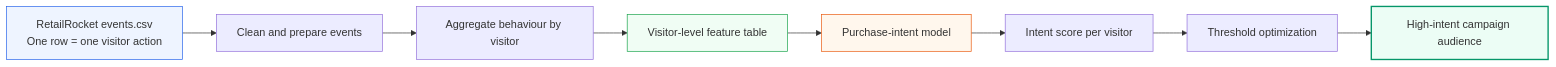
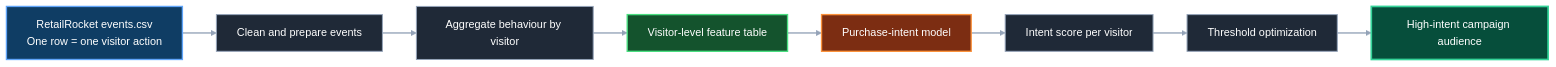
The first of 6 diagrams in README.md (RuturajM31/E-Commerce-Conversion-Intelligence-Platform), drawn with Mermaid before and after one commit. The commit also changed other lines of this file, not shown here.

````diff
--- a/README.md
+++ b/README.md
@@ -183,15 +185,25 @@
 ```mermaid
+%%{init: {"theme": "base", "themeVariables": {"background": "#0D1117", "primaryTextColor": "#FFFFFF", "lineColor": "#94A3B8", "fontFamily": "Arial"}}}%%
 flowchart LR
-    A[RetailRocket events.csv<br/>One row = one visitor action] --> B[Clean and prepare events]
-    B --> C[Aggregate behaviour by visitor]
-    C --> D[Visitor-level feature table]
-    D --> E[Purchase-intent model]
-    E --> F[Intent score per visitor]
-    F --> G[Threshold optimization]
-    G --> H[High-intent campaign audience]
+    A["RetailRocket events.csv<br/>One row = one visitor action"] --> B["Clean and prepare events"]
+    B --> C["Aggregate behaviour by visitor"]
+    C --> D["Visitor-level feature table"]
+    D --> E["Purchase-intent model"]
+    E --> F["Intent score per visitor"]
+    F --> G["Threshold optimization"]
+    G --> H["High-intent campaign audience"]
 
-    style A fill:#eef4ff,stroke:#2563eb,stroke-width:1px
-    style D fill:#f0fdf4,stroke:#16a34a,stroke-width:1px
-    style E fill:#fff7ed,stroke:#ea580c,stroke-width:1px
-    style H fill:#ecfdf5,stroke:#059669,stroke-width:2px
+    classDef source fill:#0F3D64,stroke:#60A5FA,color:#FFFFFF,stroke-width:2px;
+    classDef process fill:#1F2937,stroke:#94A3B8,color:#FFFFFF,stroke-width:1.5px;
+    classDef feature fill:#14532D,stroke:#4ADE80,color:#FFFFFF,stroke-width:2px;
+    classDef model fill:#7C2D12,stroke:#FB923C,color:#FFFFFF,stroke-width:2px;
+    classDef outcome fill:#064E3B,stroke:#34D399,color:#FFFFFF,stroke-width:2.5px;
+
+    class A source;
+    class B,C,F,G process;
+    class D feature;
+    class E model;
+    class H outcome;
+
+    linkStyle default stroke:#94A3B8,stroke-width:2px;
 ```
````
